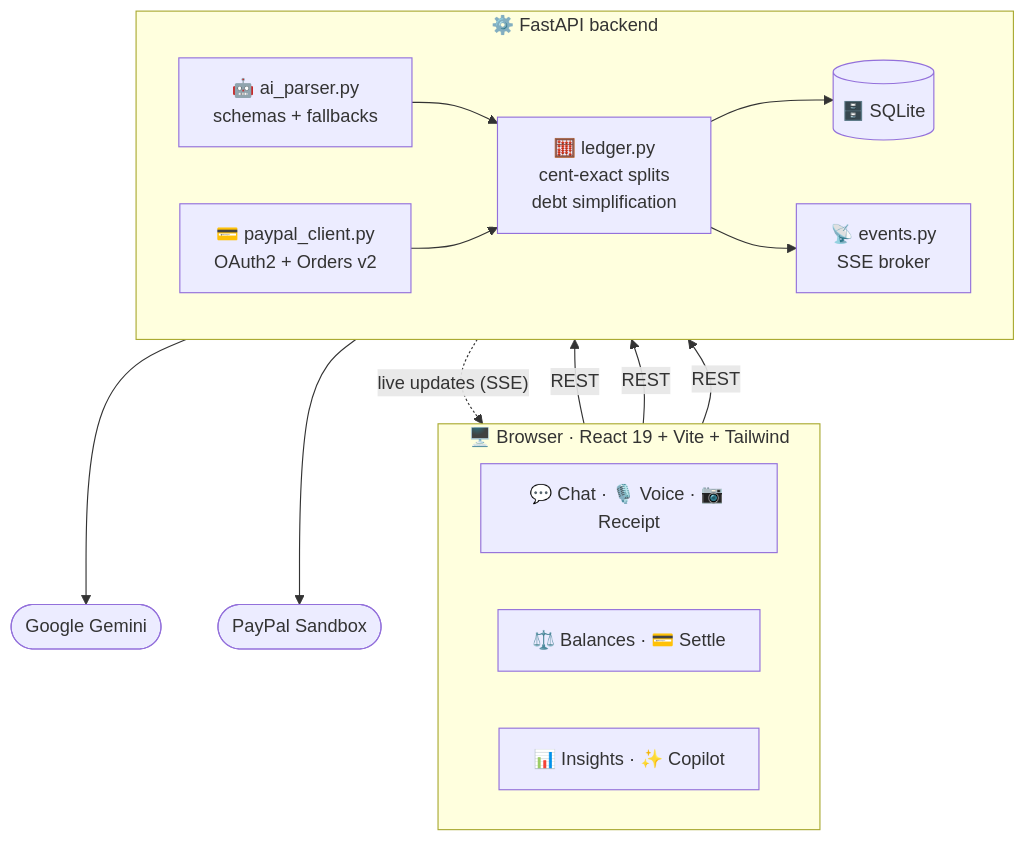
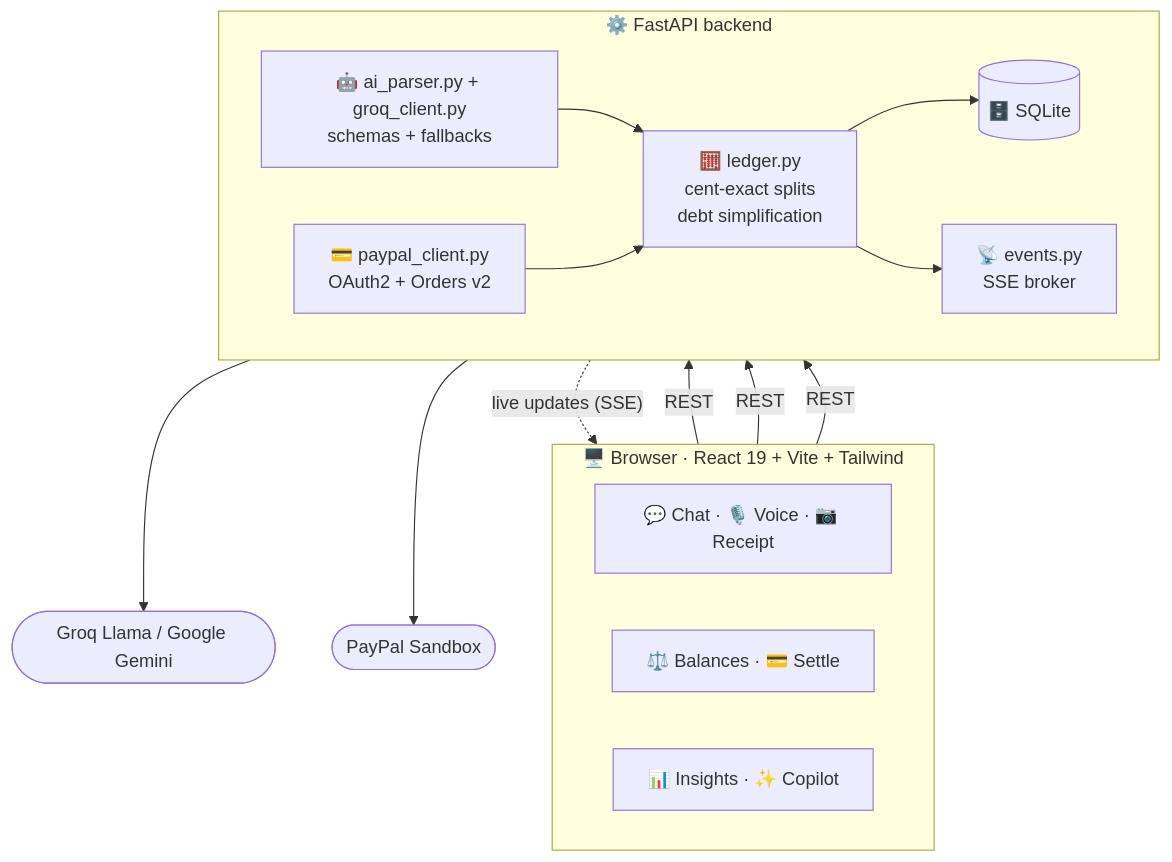
The second of 2 diagrams in README.md (QURSAM-70179225/split-sync-ai), drawn with Mermaid before and after one commit. The commit also changed other lines of this file and 19 other files, not shown here.

````diff
--- a/README.md
+++ b/README.md
@@ -171,30 +174,30 @@
 ```mermaid
 flowchart TB
     subgraph Client["🖥️ Browser · React 19 + Vite + Tailwind"]
         direction LR
         Chat["💬 Chat · 🎙️ Voice · 📷 Receipt"]
         Bal["⚖️ Balances · 💳 Settle"]
         Ins["📊 Insights · ✨ Copilot"]
     end
     subgraph Server["⚙️ FastAPI backend"]
         direction LR
-        AI["🤖 ai_parser.py<br/>schemas + fallbacks"]
+        AI["🤖 ai_parser.py + groq_client.py<br/>schemas + fallbacks"]
         Ledger["🧮 ledger.py<br/>cent-exact splits<br/>debt simplification"]
         PPC["💳 paypal_client.py<br/>OAuth2 + Orders v2"]
         Bus["📡 events.py<br/>SSE broker"]
         DB[("🗄️ SQLite")]
     end
-    Gemini(["Google Gemini"])
+    Gemini(["Groq Llama / Google Gemini"])
     PayPal(["PayPal Sandbox"])
 
     Chat -->|"REST"| AI
     Ins -->|"REST"| AI
     Bal -->|"REST"| PPC
     AI --> Gemini
     PPC --> PayPal
     AI --> Ledger
     PPC --> Ledger
     Ledger --> DB
     Ledger --> Bus
     Bus -.->|"live updates (SSE)"| Client
 ```
````
